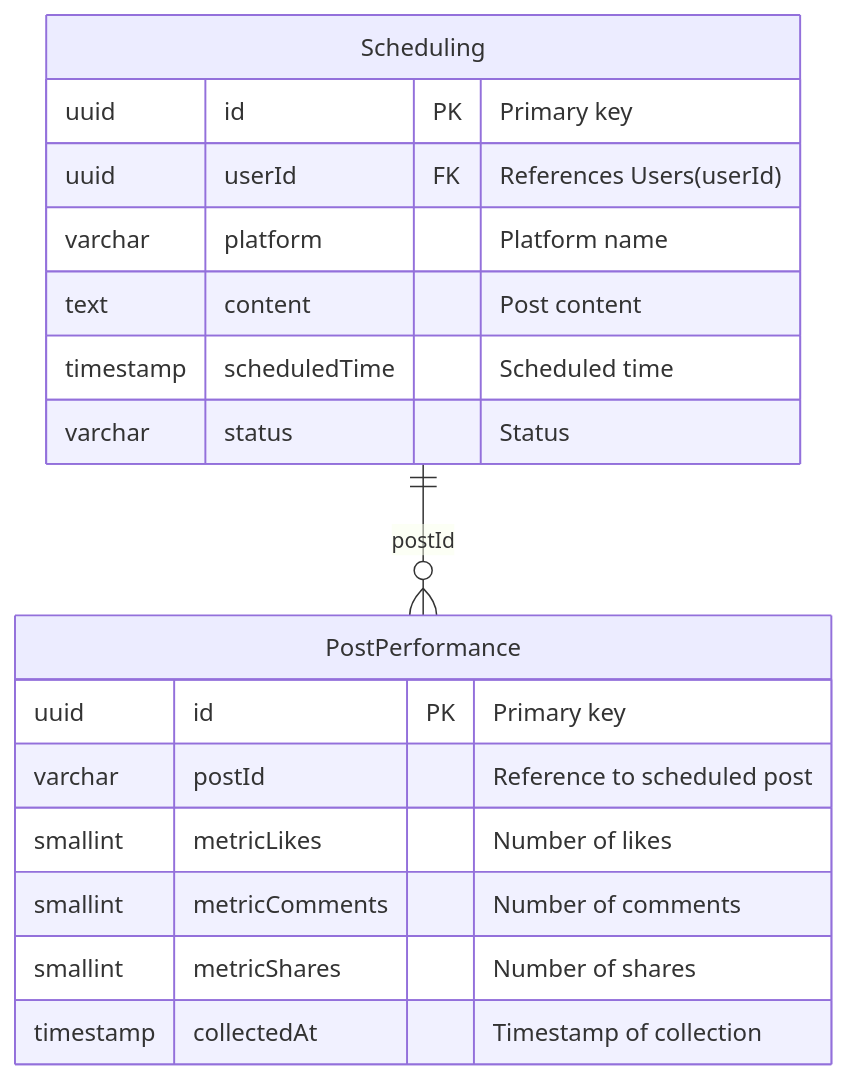
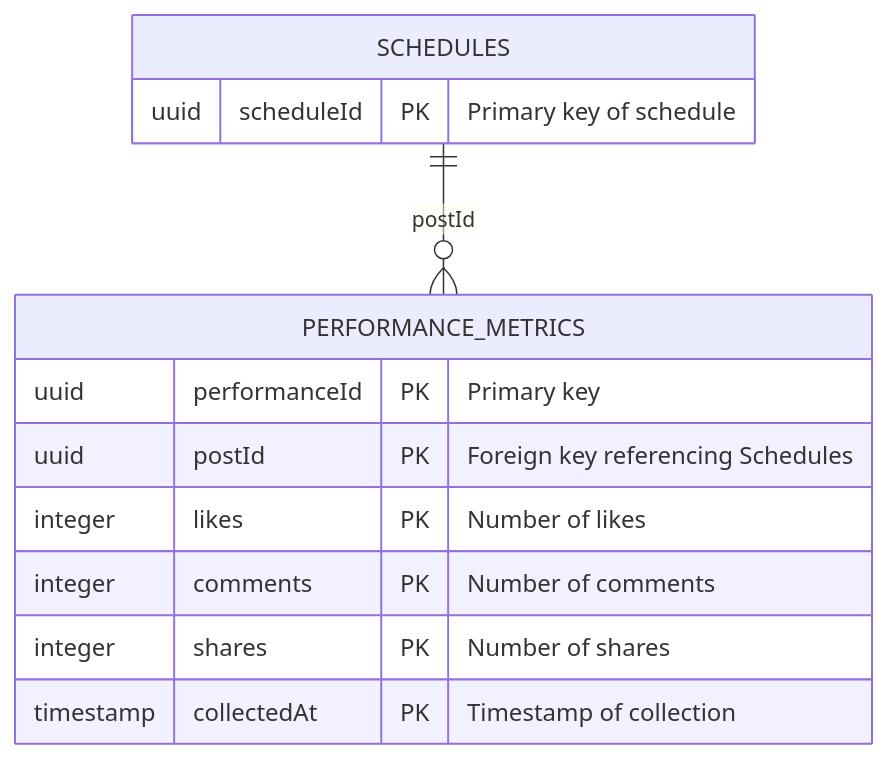
One commit to hainguyen81/enterprise-it-ai changed the second of 3 diagrams in sources/output/business-analysis/ba.md. Above: the diagram before and after it, drawn with Mermaid. The commit also changed other lines of this file and 4 other files, not shown here.

````diff
--- a/sources/output/business-analysis/ba.md
+++ b/sources/output/business-analysis/ba.md
@@ -136,20 +122,15 @@
-    ```mermaid
-    erDiagram
-        Scheduling ||--o{ PostPerformance : "postId"
-        Scheduling {
-          uuid id PK "Primary key"
-          uuid userId FK "References Users(userId)"
-          varchar platform "Platform name"
-          text content "Post content"
-          timestamp scheduledTime "Scheduled time"
-          varchar status "Status"
-        }
-        PostPerformance {
-          uuid id PK "Primary key"
-          varchar postId "Reference to scheduled post"
-          smallint metricLikes "Number of likes"
-          smallint metricComments "Number of comments"
-          smallint metricShares "Number of shares"
-          timestamp collectedAt "Timestamp of collection"
-        }
-    ```
+```mermaid
+erDiagram
+    SCHEDULES {
+        uuid scheduleId PK "Primary key of schedule"
+    }
+    PERFORMANCE_METRICS {
+        uuid performanceId PK "Primary key"
+        uuid postId PK "Foreign key referencing Schedules"
+        integer likes PK "Number of likes"
+        integer comments PK "Number of comments"
+        integer shares PK "Number of shares"
+        timestamp collectedAt PK "Timestamp of collection"
+    }
+    SCHEDULES ||--o{ PERFORMANCE_METRICS : "postId"
+```
````
